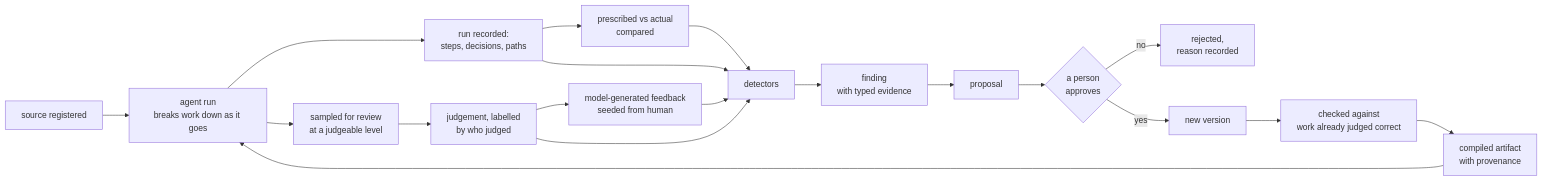
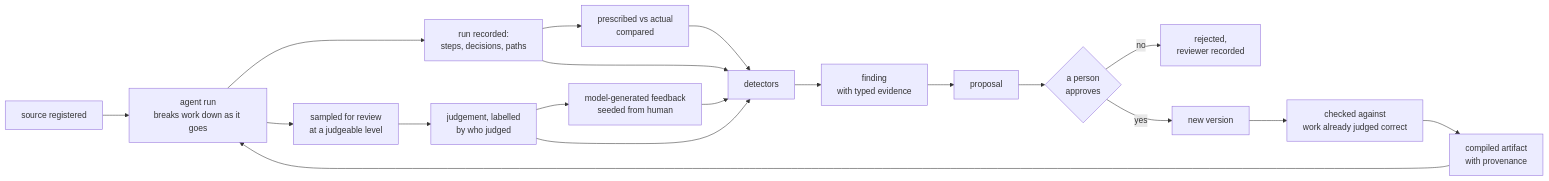
Before and after one commit to fblissjr/freudagent: the diagram in docs/data-flywheel.md, drawn with Mermaid. The commit also changed other lines of this file and 1 other file, not shown here.

````diff
--- a/docs/data-flywheel.md
+++ b/docs/data-flywheel.md
@@ -508,21 +520,21 @@
 ```mermaid
 flowchart LR
   S["source registered"] --> A["agent run<br/>breaks work down as it goes"]
   A --> B["run recorded:<br/>steps, decisions, paths"]
   A --> H["sampled for review<br/>at a judgeable level"]
   H --> C["judgement, labelled<br/>by who judged"]
   C --> M["model-generated feedback<br/>seeded from human"]
   B --> P["prescribed vs actual<br/>compared"]
   B --> D["detectors"]
   C --> D
   M --> D
   P --> D
   D --> E["finding<br/>with typed evidence"]
   E --> F["proposal"]
   F --> G{"a person<br/>approves"}
-  G -->|"no"| X["rejected,<br/>reason recorded"]
+  G -->|"no"| X["rejected,<br/>reviewer recorded"]
   G -->|"yes"| I["new version"]
   I --> V["checked against<br/>work already judged correct"]
   V --> J["compiled artifact<br/>with provenance"]
   J --> A
 ```
````
